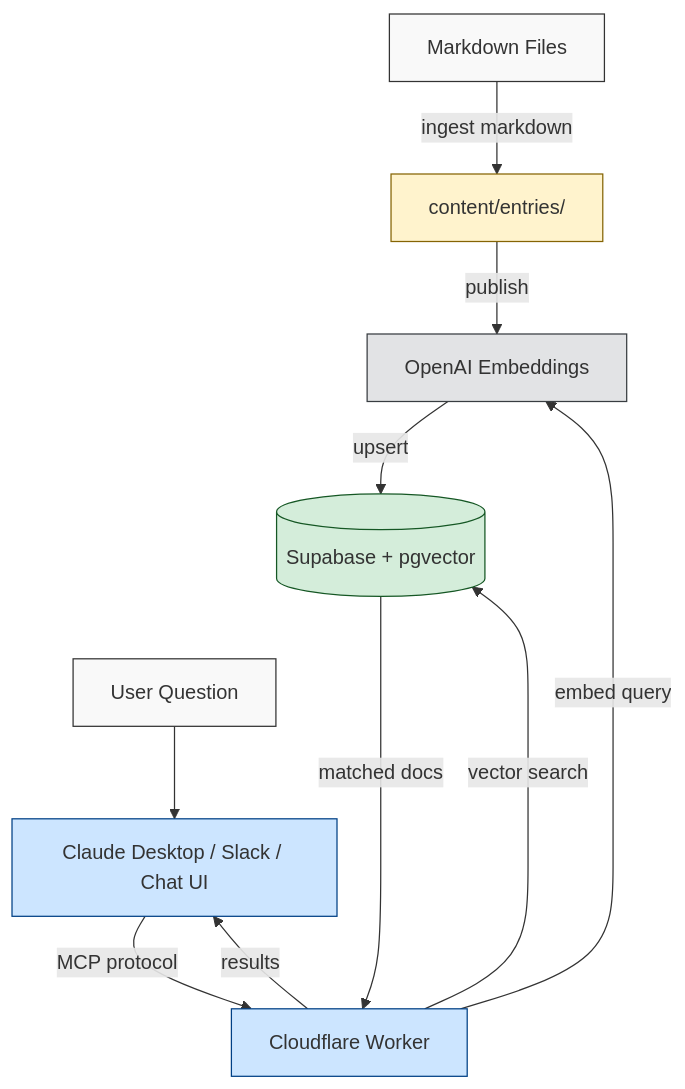
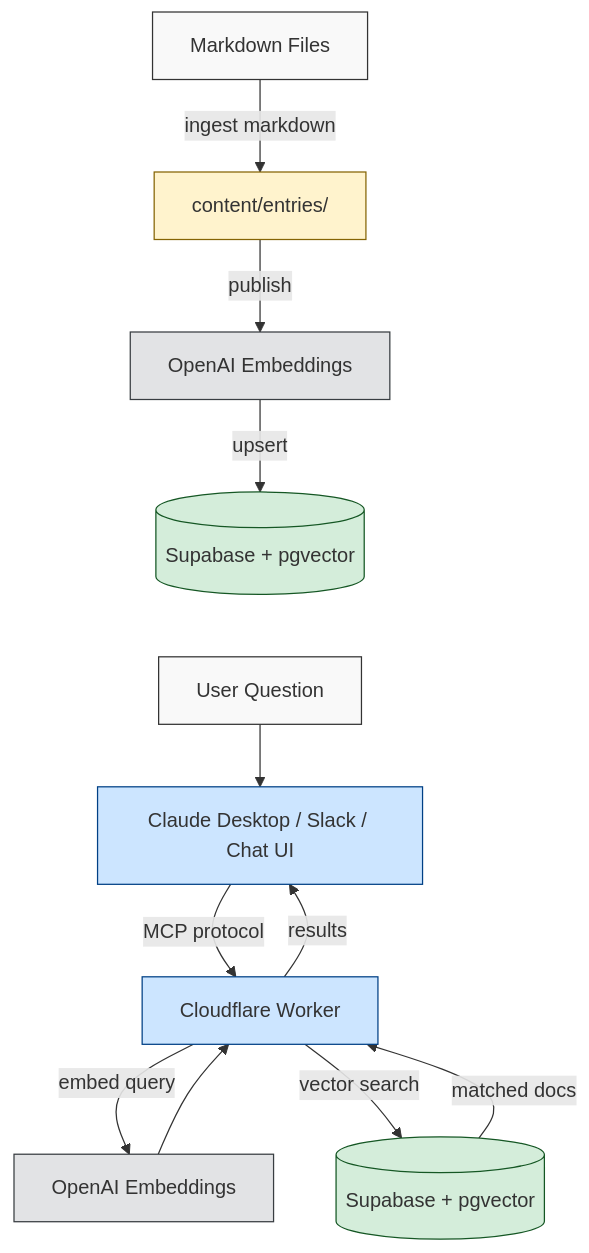
The diagram in README.md (southleft/company-docs-mcp), drawn with Mermaid before and after one commit.

Commit message:
fix: Separate mermaid diagram nodes to eliminate crossing arrows

````diff
--- a/README.md
+++ b/README.md
@@ -153,24 +153,27 @@
 ```mermaid
 flowchart TD
     A["Markdown Files"]
     A -->|ingest markdown| B["content/entries/"]
     B -->|publish| C["OpenAI Embeddings"]
     C -->|upsert| D[("Supabase + pgvector")]
 
     D ~~~ E
 
     E["User Question"] --> F["Claude Desktop / Slack / Chat UI"]
     F -->|MCP protocol| G["Cloudflare Worker"]
-    G -->|embed query| C
-    G -->|vector search| D
-    D -->|matched docs| G
+    G -->|embed query| H["OpenAI Embeddings"]
+    H --> G
+    G -->|vector search| I[("Supabase + pgvector")]
+    I -->|matched docs| G
     G -->|results| F
 
     style A fill:#f9f9f9,stroke:#333,color:#333
     style B fill:#fff3cd,stroke:#856404,color:#333
     style C fill:#e2e3e5,stroke:#383d41,color:#333
     style D fill:#d4edda,stroke:#155724,color:#333
     style E fill:#f9f9f9,stroke:#333,color:#333
     style F fill:#cce5ff,stroke:#004085,color:#333
     style G fill:#cce5ff,stroke:#004085,color:#333
+    style H fill:#e2e3e5,stroke:#383d41,color:#333
+    style I fill:#d4edda,stroke:#155724,color:#333
 ```
````
